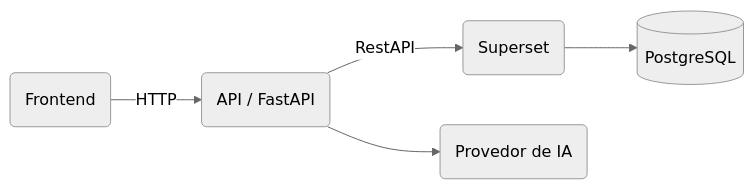
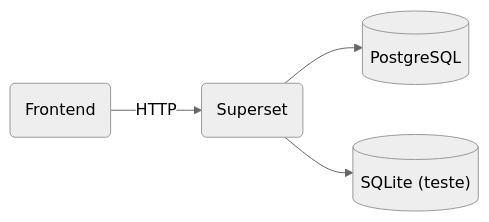
One commit to Lucasbig6/datasus changed the diagram in README.md. Above: the diagram before and after it, drawn with Mermaid (neutral theme). The commit also changed other lines of this file and 6 other files, not shown here.

````diff
--- a/README.md
+++ b/README.md
@@ -10,7 +7,6 @@
 ```mermaid
-    flowchart LR
-        A("Frontend") -->|HTTP| B("API / FastAPI")
-        B --> |RestAPI| C("Superset") 
-        B --> D("Provedor de IA")
-        C --> E[("PostgreSQL")]
+flowchart LR
+    A("Frontend") -->|HTTP| B("Superset")
+    B --> E[("PostgreSQL")]
+    B --> F[("SQLite (teste)")]
 ```
````
